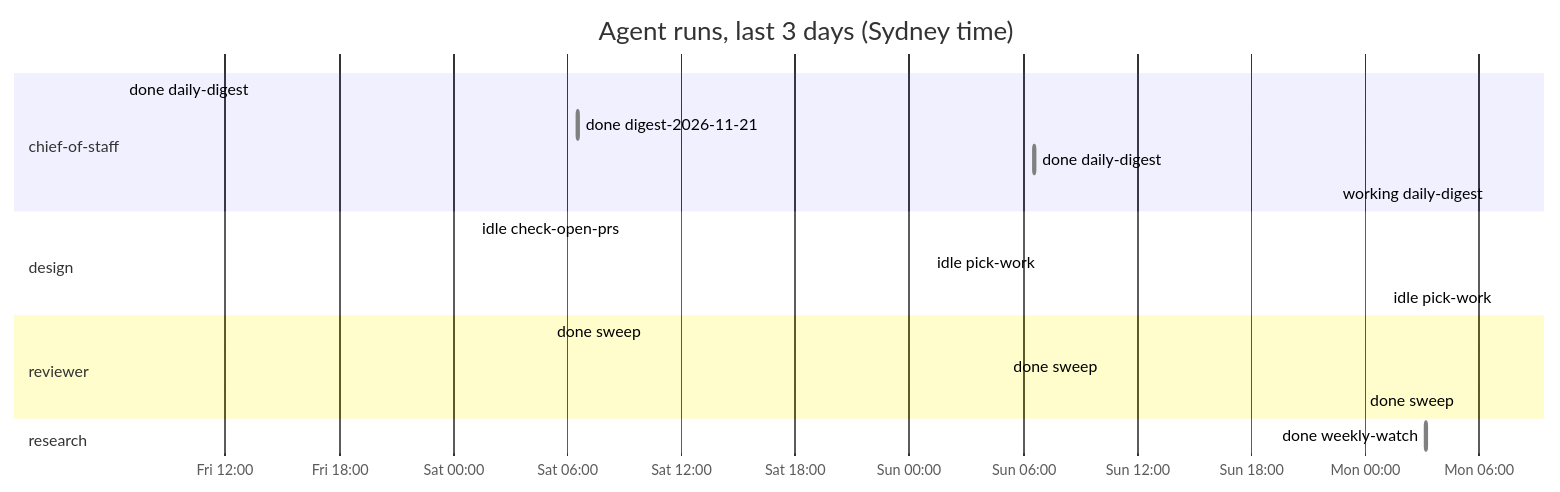
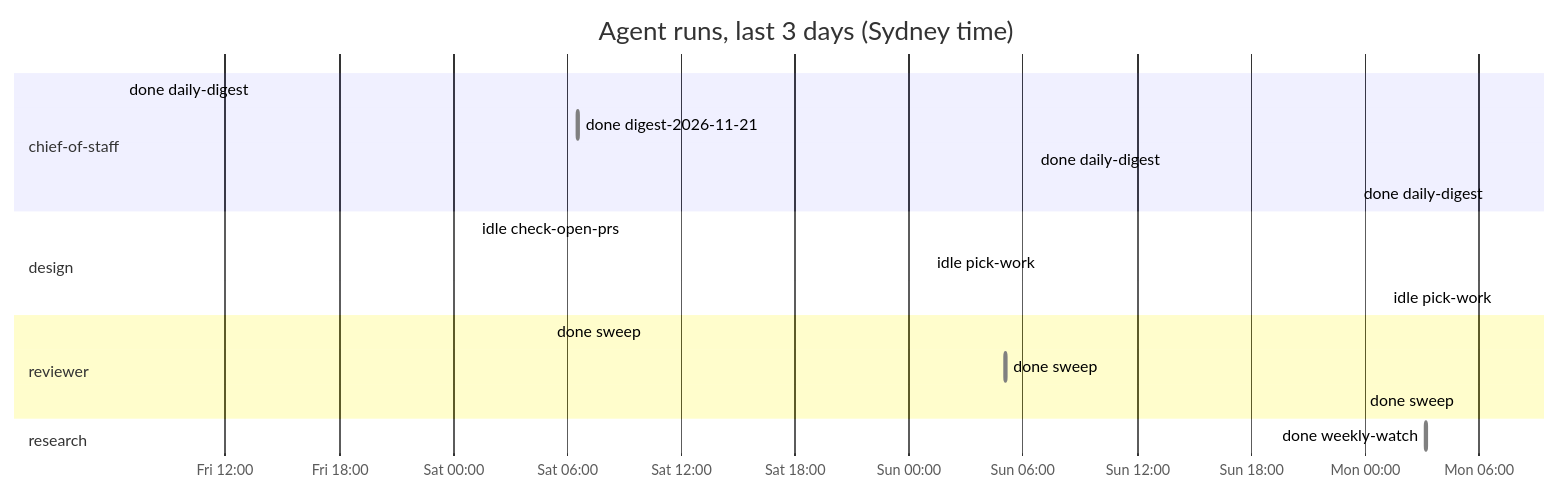
One commit to roulmediateam-byte/fifteen-expert-hq changed the diagram in dashboard.md. Above: the diagram before and after it, drawn with Mermaid. The commit also changed other lines of this file and 1 other file, not shown here.

````diff
--- a/dashboard.md
+++ b/dashboard.md
@@ -50,21 +51,21 @@
 ```mermaid
 gantt
     title Agent runs, last 3 days (Sydney time)
     dateFormat YYYY-MM-DD HH:mm
     axisFormat %a %H:%M
     section chief-of-staff
     done daily-digest :done, 2026-11-20 06:35, 2026-11-20 06:37
     done digest-2026-11-21 :done, 2026-11-21 06:34, 2026-11-21 06:36
     done daily-digest :done, 2026-11-22 06:34, 2026-11-22 06:36
-    working daily-digest :active, 2026-11-23 06:35, 2026-11-23 06:35
+    done daily-digest :done, 2026-11-23 06:35, 2026-11-23 06:36
     section design
     idle check-open-prs :done, 2026-11-21 01:10, 2026-11-21 01:11
     idle pick-work :done, 2026-11-22 01:08, 2026-11-22 01:08
     idle pick-work :done, 2026-11-23 01:08, 2026-11-23 01:09
     section reviewer
     done sweep :done, 2026-11-21 05:05, 2026-11-21 05:06
     done sweep :done, 2026-11-22 05:05, 2026-11-22 05:06
     done sweep :done, 2026-11-23 05:04, 2026-11-23 05:06
     section research
     done weekly-watch :done, 2026-11-23 03:10, 2026-11-23 03:17
 ```
````
